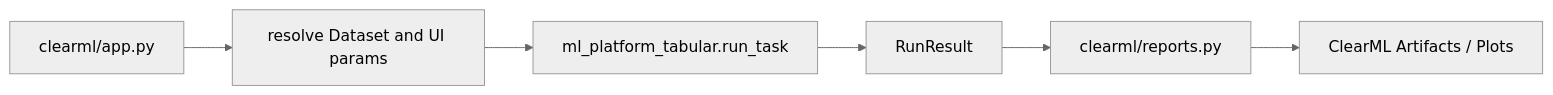
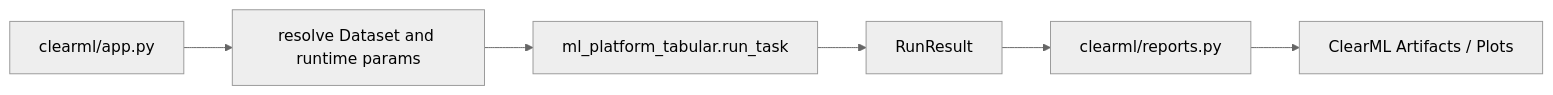
Before and after one commit to dkawa2523/ml_platform: the second of 2 diagrams in docs/ml_platform_mkdocs/docs/architecture/overview.md, drawn with Mermaid (neutral theme). The commit also changed other lines of this file and 118 other files, not shown here.

````diff
--- a/docs/ml_platform_mkdocs/docs/architecture/overview.md
+++ b/docs/ml_platform_mkdocs/docs/architecture/overview.md
@@ -34,8 +34,8 @@
 ```mermaid
 graph LR
-  A[clearml/app.py] --> B[resolve Dataset and UI params]
+  A[clearml/app.py] --> B[resolve Dataset and runtime params]
   B --> C[ml_platform_tabular.run_task]
   C --> D[RunResult]
   D --> E[clearml/reports.py]
   E --> F[ClearML Artifacts / Plots]
 ```
````
